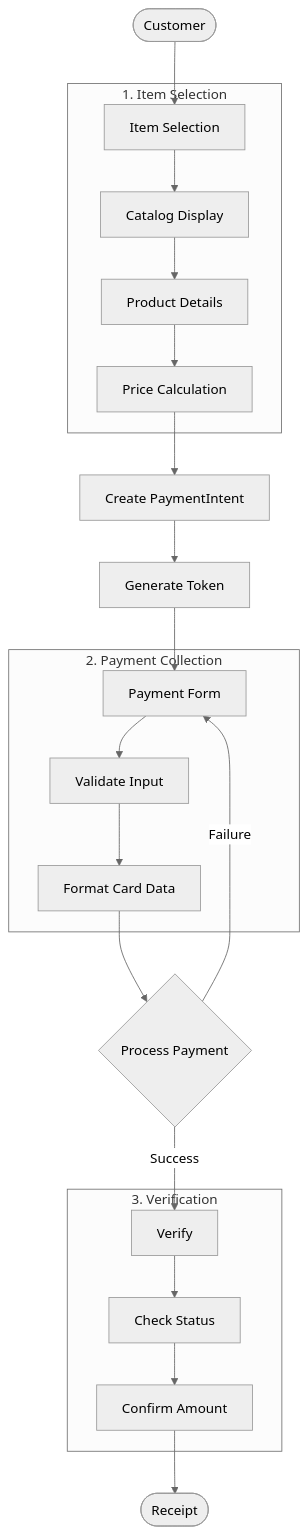
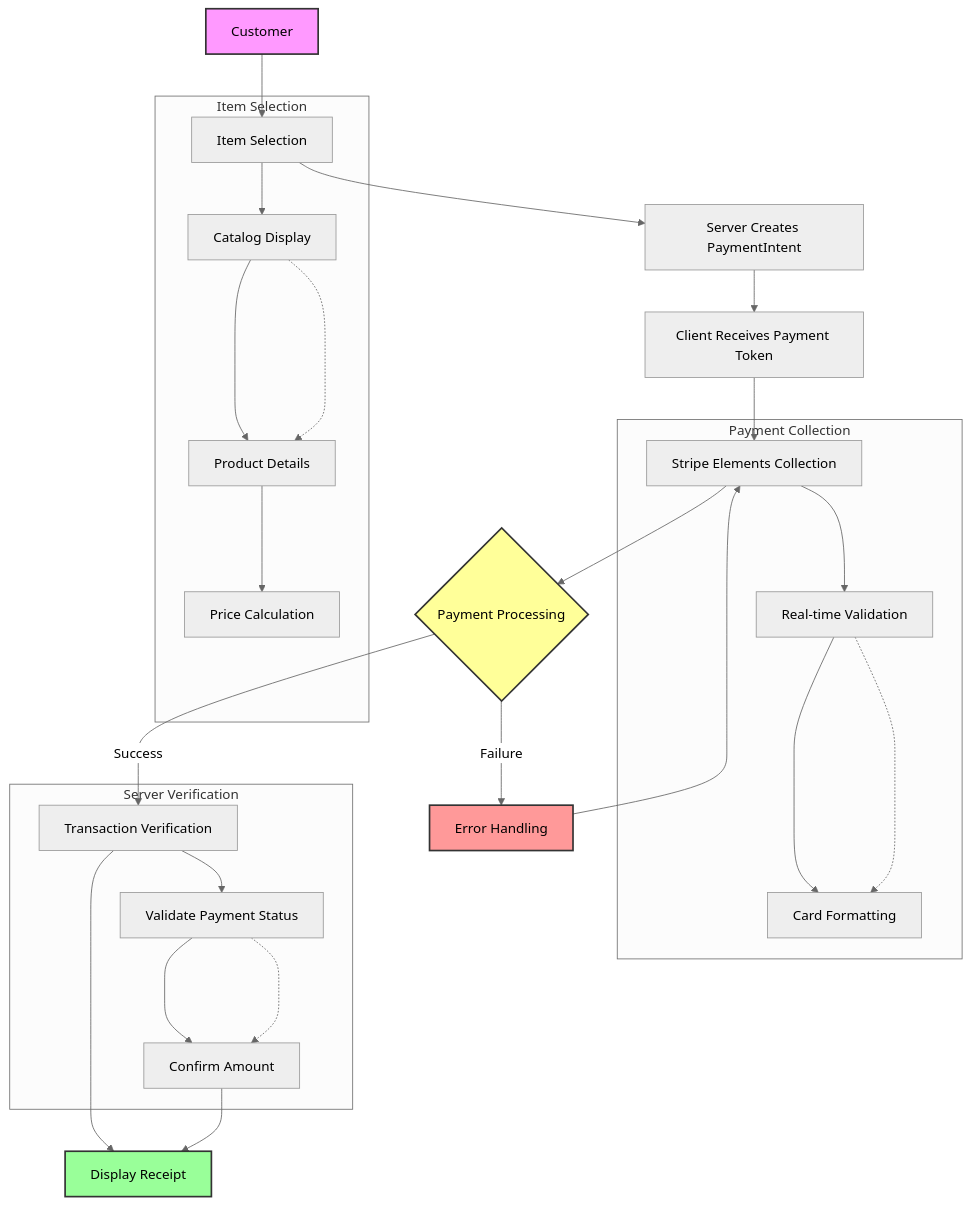
The diagram in README.md (therealkevops/sa-thp-solution), drawn with Mermaid (neutral theme) before and after one commit.

Commit message:
minor edits

````diff
--- a/README.md
+++ b/README.md
@@ -65,30 +65,41 @@
 ```mermaid
-flowchart TD
-    A([Customer]) --> B[Item Selection]
+flowchart TB
+    A[Customer] --> B[Item Selection]
+    B --> C[Server Creates PaymentIntent]
+    C --> D[Client Receives Payment Token]
+    D --> E[Stripe Elements Collection]
+    E --> F{Payment Processing}
+    F -->|Success| G[Transaction Verification]
+    G --> H[Display Receipt]
+    F -->|Failure| I[Error Handling]
+    I --> E
     
-    subgraph "1. Item Selection"
+    subgraph "Item Selection"
     B --> B1[Catalog Display]
     B1 --> B2[Product Details]
     B2 --> B3[Price Calculation]
     end
     
-    B3 --> C[Create PaymentIntent]
-    C --> D[Generate Token]
-    D --> E[Payment Form]
-    
-    subgraph "2. Payment Collection"
-    E --> E1[Validate Input]
-    E1 --> E2[Format Card Data]
+    subgraph "Payment Collection"
+    E --> E1[Real-time Validation]
+    E1 --> E2[Card Formatting]
     end
     
-    E2 --> F{Process Payment}
-    F -->|Success| G[Verify]
-    F -->|Failure| E
-    
-    subgraph "3. Verification"
-    G --> G1[Check Status]
+    subgraph "Server Verification"
+    G --> G1[Validate Payment Status]
     G1 --> G2[Confirm Amount]
     end
     
-    G2 --> H([Receipt])
+    G2 --> H[Display Receipt]
+
+    %% Positioning hints
+    B1 -..-> B2
+    E1 -..-> E2
+    G1 -..-> G2
+    
+    %% Styling
+    style A fill:#f9f,stroke:#333,stroke-width:2px
+    style F fill:#ff9,stroke:#333,stroke-width:2px
+    style H fill:#9f9,stroke:#333,stroke-width:2px
+    style I fill:#f99,stroke:#333,stroke-width:2px
 ```
````
